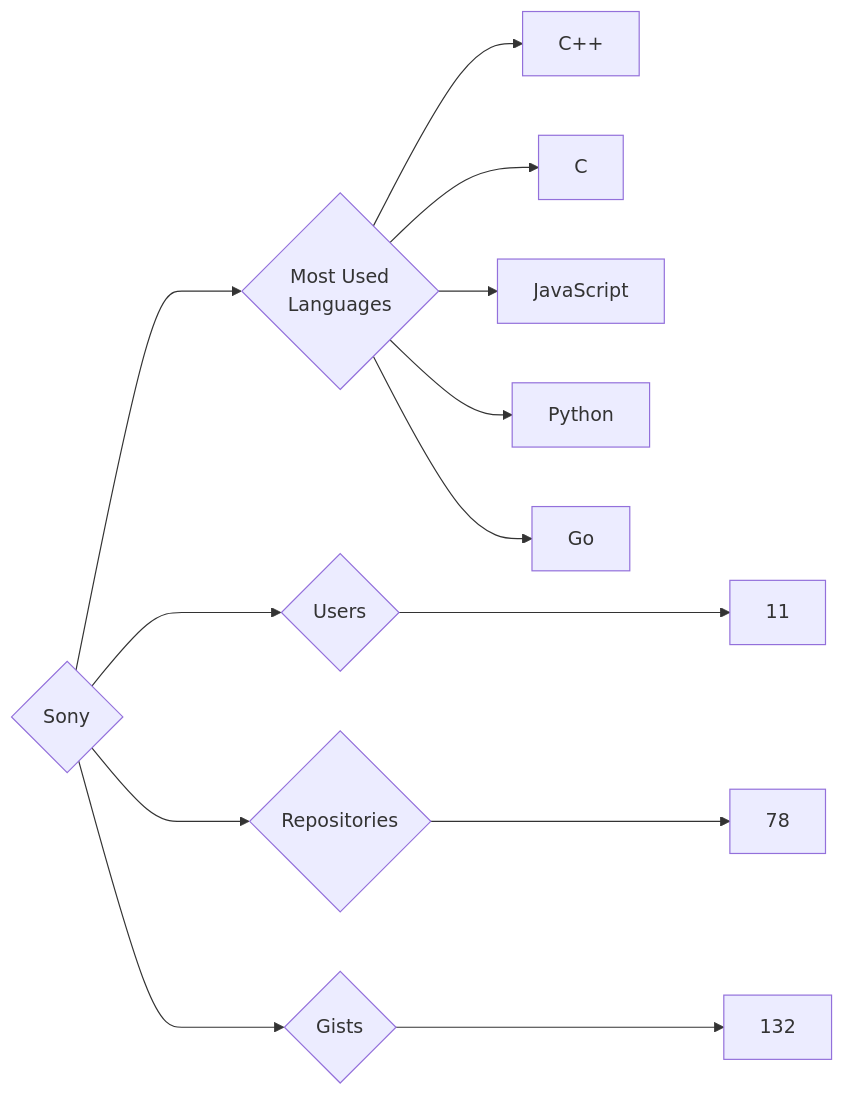
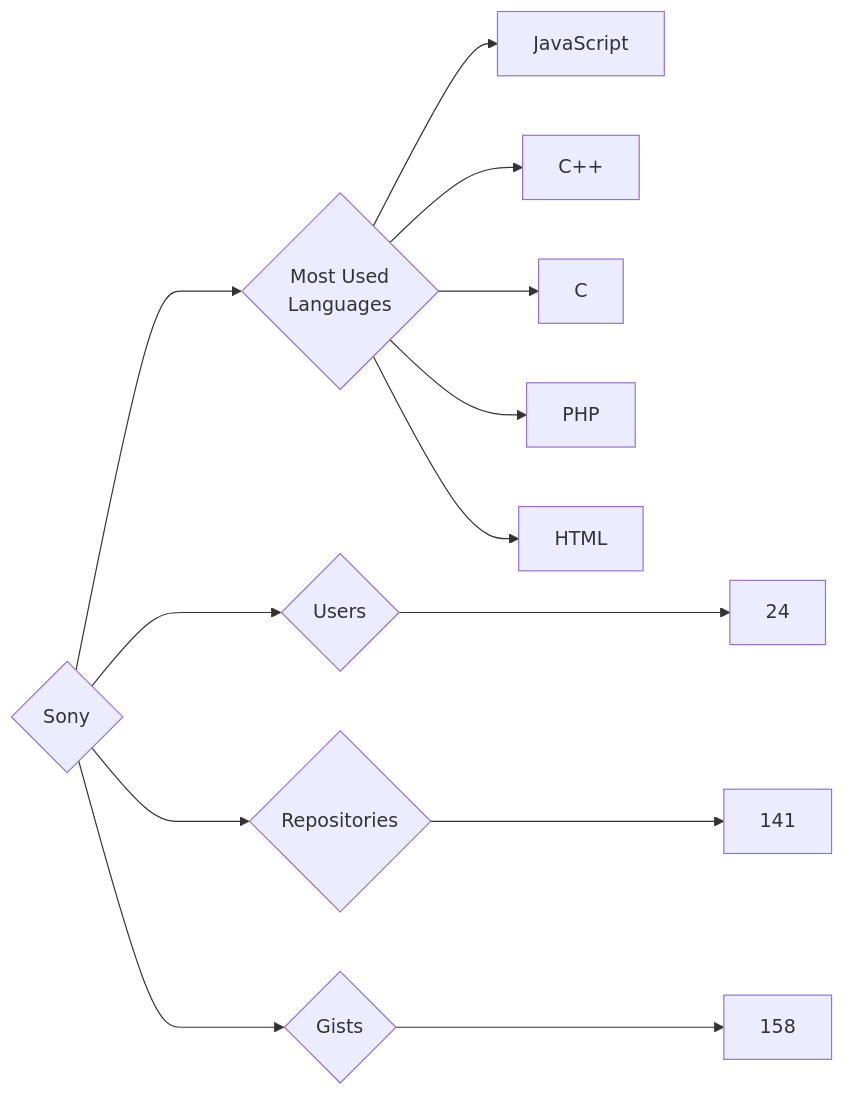
One commit to trickest/insiders changed the diagram in targets/Sony/README.md. Above: the diagram before and after it, drawn with Mermaid. The commit also changed 964 other files, not shown here.

````diff
--- a/targets/Sony/README.md
+++ b/targets/Sony/README.md
@@ -3,13 +3,13 @@
 ```mermaid
 graph LR
 COMPANY_NAME{Sony}
-COMPANY_NAME ---> U{Users} ---> UN[11]
-COMPANY_NAME ---> R{Repositories} ---> RN[78]
-COMPANY_NAME ---> G{Gists} ---> GN[132]
+COMPANY_NAME ---> U{Users} ---> UN[24]
+COMPANY_NAME ---> R{Repositories} ---> RN[141]
+COMPANY_NAME ---> G{Gists} ---> GN[158]
 COMPANY_NAME ---> ML{Most Used<br>Languages}
+ML --> JavaScript[JavaScript]
 ML --> C++[C++]
 ML --> C[C]
-ML --> JavaScript[JavaScript]
-ML --> Python[Python]
-ML --> Go[Go]
+ML --> PHP[PHP]
+ML --> HTML[HTML]
 ```
````
